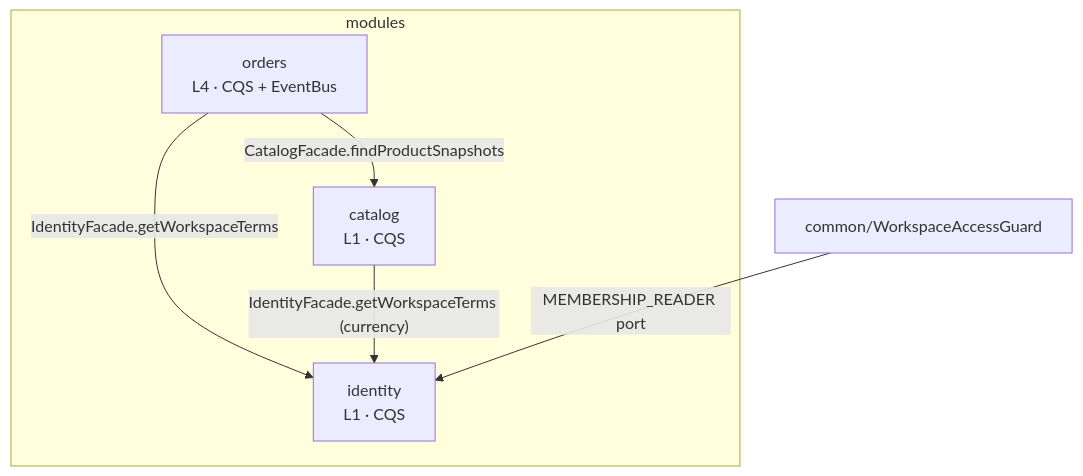
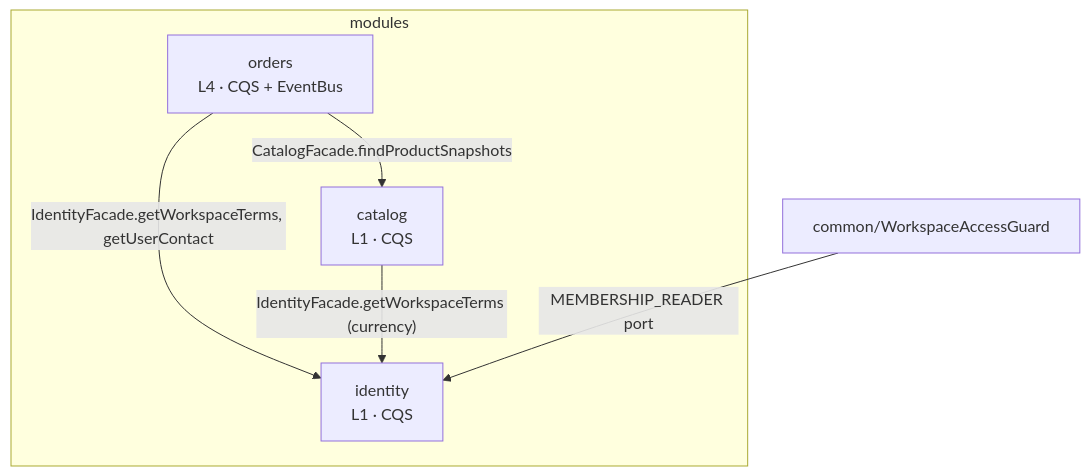
The second of 6 diagrams in docs/architecture.md (KarpAAA/order-management), drawn with Mermaid before and after one commit. The commit also changed other lines of this file and 7 other files, not shown here.

````diff
--- a/docs/architecture.md
+++ b/docs/architecture.md
@@ -102,12 +106,12 @@
 ```mermaid
 flowchart TB
   subgraph modules
     identity["identity<br/>L1 · CQS"]
     catalog["catalog<br/>L1 · CQS"]
     orders["orders<br/>L4 · CQS + EventBus"]
   end
-  orders -- "IdentityFacade.getWorkspaceTerms" --> identity
+  orders -- "IdentityFacade.getWorkspaceTerms, getUserContact" --> identity
   orders -- "CatalogFacade.findProductSnapshots" --> catalog
   catalog -- "IdentityFacade.getWorkspaceTerms (currency)" --> identity
   guard["common/WorkspaceAccessGuard"] -- "MEMBERSHIP_READER port" --> identity
 ```
````
